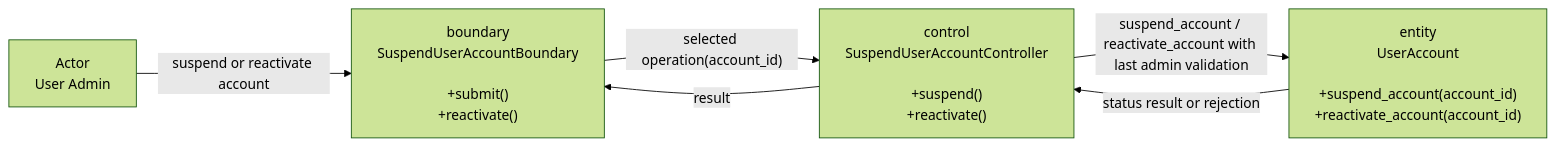
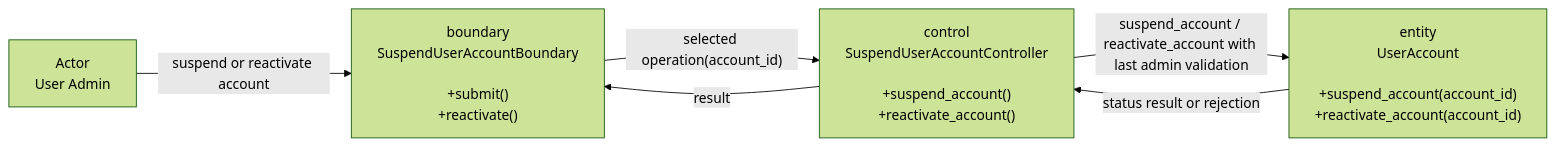
One commit to boyinapuddle/CSIT314-Chinese changed the first of 2 diagrams in diagrams/US09_Manage_User_Account_Status/README.md. Above: the diagram before and after it, drawn with Mermaid (forest theme). The commit also changed 140 other files, not shown here.

````diff
--- a/diagrams/US09_Manage_User_Account_Status/README.md
+++ b/diagrams/US09_Manage_User_Account_Status/README.md
@@ -5,12 +5,12 @@
 ```mermaid
 flowchart LR
     N0["Actor<br/>User Admin"]
     N1["boundary<br/>SuspendUserAccountBoundary<br/><br/>+submit()<br/>+reactivate()"]
-    N2["control<br/>SuspendUserAccountController<br/><br/>+suspend()<br/>+reactivate()"]
+    N2["control<br/>SuspendUserAccountController<br/><br/>+suspend_account()<br/>+reactivate_account()"]
     N3["entity<br/>UserAccount<br/><br/>+suspend_account(account_id)<br/>+reactivate_account(account_id)"]
     N0 -->|"suspend or reactivate account"| N1
     N1 -->|"selected operation(account_id)"| N2
     N2 -->|"suspend_account / reactivate_account with last admin validation"| N3
     N3 -->|"status result or rejection"| N2
     N2 -->|"result"| N1
 ```
````
